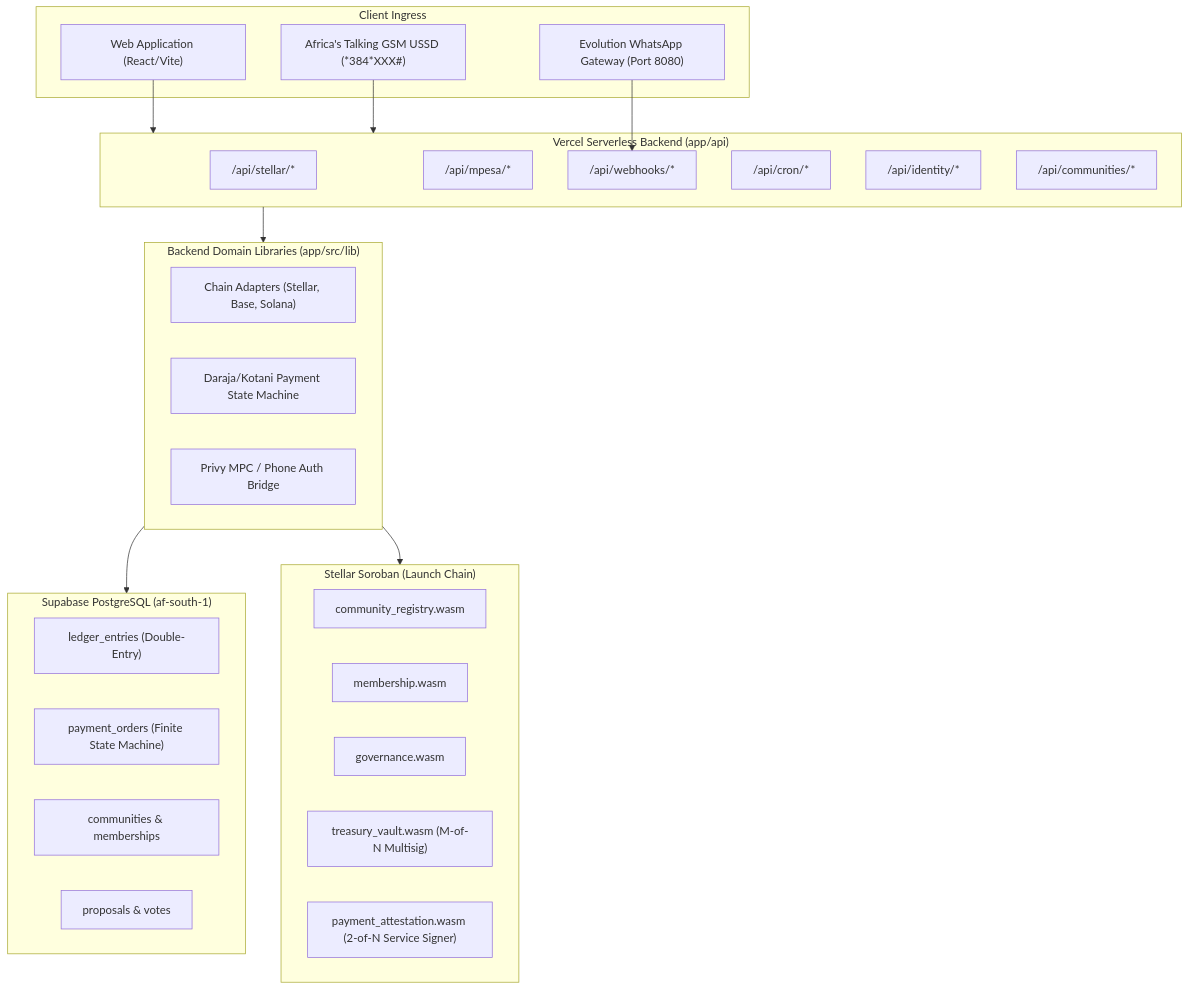
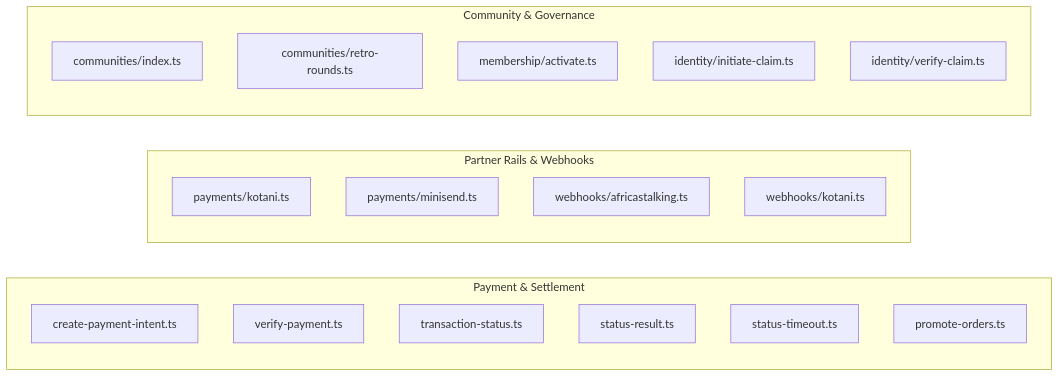
One commit to Azizudinly/baraza-protocol changed the first of 3 diagrams in BACKEND_CODE_MAP.md. Above: the diagram before and after it, drawn with Mermaid. The commit also changed other lines of this file and 2 other files, not shown here.

Commit message:
docs: finalize exhaustive file inventory, SAD-aligned backend scope of work, and synchronized frontend PRD

````diff
--- a/BACKEND_CODE_MAP.md
+++ b/BACKEND_CODE_MAP.md
@@ -22,45 +177,24 @@
 ```mermaid
-flowchart TB
-    subgraph ClientLayers ["Client Ingress"]
-        WebUI["Web Application (React/Vite)"]
-        WhatsApp["Evolution WhatsApp Gateway (Port 8080)"]
-        USSD["Africa's Talking GSM USSD (*384*XXX#)"]
+flowchart LR
+    subgraph PaymentGroup ["Payment & Settlement"]
+        R1["create-payment-intent.ts"]
+        R2["verify-payment.ts"]
+        R3["transaction-status.ts"]
+        R4["status-result.ts"]
+        R5["status-timeout.ts"]
+        R6["promote-orders.ts"]
     end
-
-    subgraph APILayer ["Vercel Serverless Backend (app/api)"]
-        StellarAPI["/api/stellar/*"]
-        MpesaAPI["/api/mpesa/*"]
-        WebhookAPI["/api/webhooks/*"]
-        CronAPI["/api/cron/*"]
-        IdentityAPI["/api/identity/*"]
-        CommunityAPI["/api/communities/*"]
+    subgraph PartnerGroup ["Partner Rails & Webhooks"]
+        R7["payments/kotani.ts"]
+        R8["payments/minisend.ts"]
+        R9["webhooks/africastalking.ts"]
+        R10["webhooks/kotani.ts"]
     end
-
-    subgraph CoreLibs ["Backend Domain Libraries (app/src/lib)"]
-        Adapters["Chain Adapters (Stellar, Base, Solana)"]
-        StateMachine["Daraja/Kotani Payment State Machine"]
-        PrivyMPC["Privy MPC / Phone Auth Bridge"]
+    subgraph GovernanceGroup ["Community & Governance"]
+        R11["communities/index.ts"]
+        R12["communities/retro-rounds.ts"]
+        R13["membership/activate.ts"]
+        R14["identity/initiate-claim.ts"]
+        R15["identity/verify-claim.ts"]
     end
-
-    subgraph DatabaseLayer ["Supabase PostgreSQL (af-south-1)"]
-        Ledger["ledger_entries (Double-Entry)"]
-        Orders["payment_orders (Finite State Machine)"]
-        Communities["communities & memberships"]
-        Proposals["proposals & votes"]
-    end
-
-    subgraph SettlementLayer ["Stellar Soroban (Launch Chain)"]
-        CRegistry["community_registry.wasm"]
-        CMembership["membership.wasm"]
-        CGovernance["governance.wasm"]
-        CVault["treasury_vault.wasm (M-of-N Multisig)"]
-        CAttest["payment_attestation.wasm (2-of-N Service Signer)"]
-    end
-
-    WebUI --> APILayer
-    WhatsApp --> WebhookAPI
-    USSD --> APILayer
-    APILayer --> CoreLibs
-    CoreLibs --> DatabaseLayer
-    CoreLibs --> SettlementLayer
 ```
````
